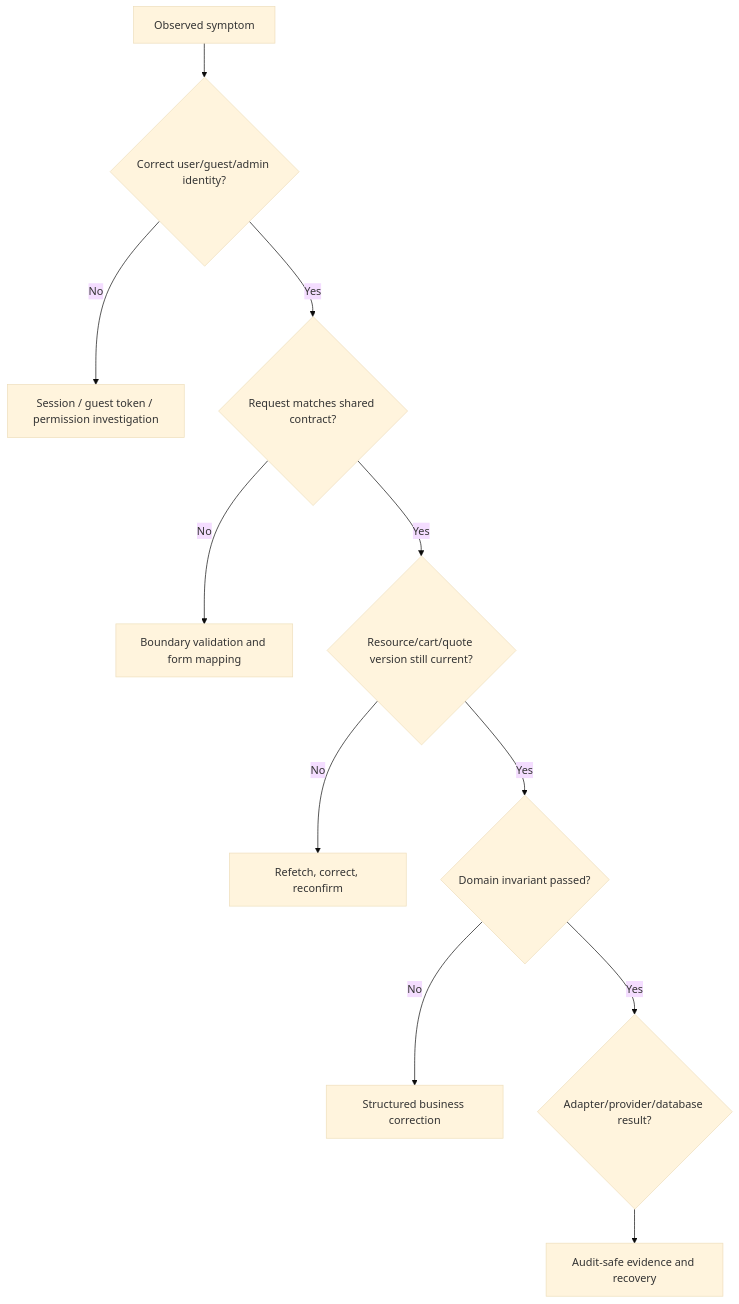
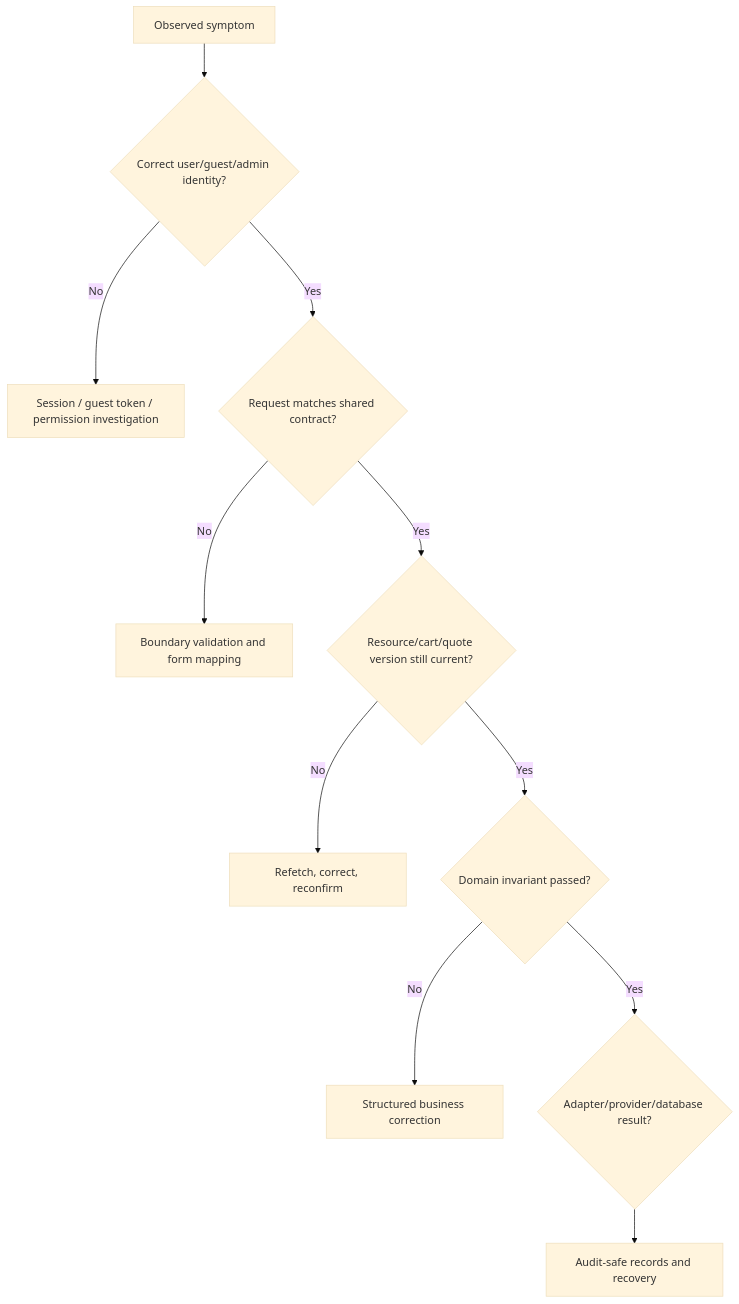
One commit to Kaizer-Systems/saha-textile changed the diagram in docs/business-flows/failure-recovery-and-debugging.md. Above: the diagram before and after it, drawn with Mermaid (base theme). The commit also changed other lines of this file and 92 other files, not shown here.

````diff
--- a/docs/business-flows/failure-recovery-and-debugging.md
+++ b/docs/business-flows/failure-recovery-and-debugging.md
@@ -22,13 +22,13 @@
 ```mermaid
 flowchart TD
     Symptom["Observed symptom"] --> Identity{"Correct user/guest/admin identity?"}
     Identity -->|No| Auth["Session / guest token / permission investigation"]
     Identity -->|Yes| Input{"Request matches shared contract?"}
     Input -->|No| Validation["Boundary validation and form mapping"]
     Input -->|Yes| Version{"Resource/cart/quote version still current?"}
     Version -->|No| Reconcile["Refetch, correct, reconfirm"]
     Version -->|Yes| Domain{"Domain invariant passed?"}
     Domain -->|No| Explain["Structured business correction"]
     Domain -->|Yes| Edge{"Adapter/provider/database result?"}
-    Edge --> Evidence["Audit-safe evidence and recovery"]
+    Edge --> Records["Audit-safe records and recovery"]
 ```
````
